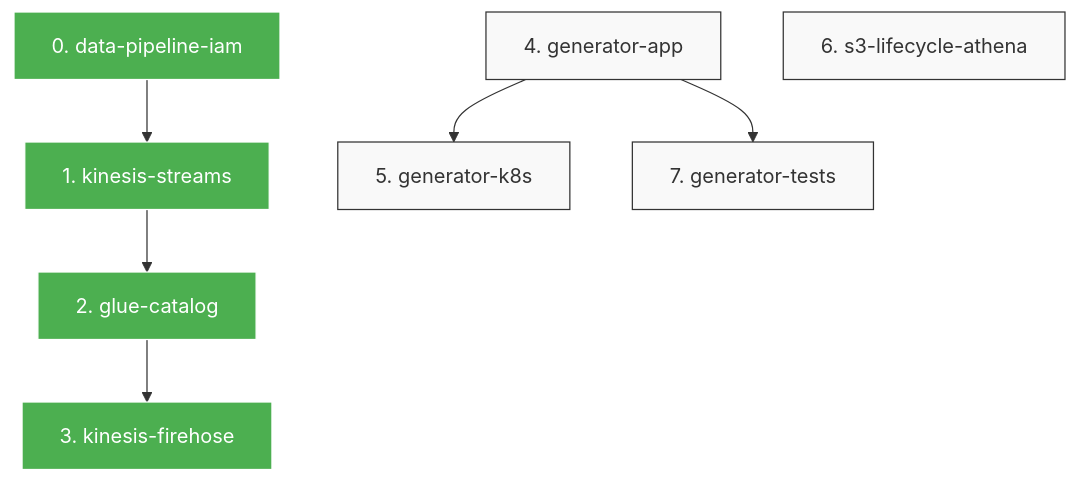
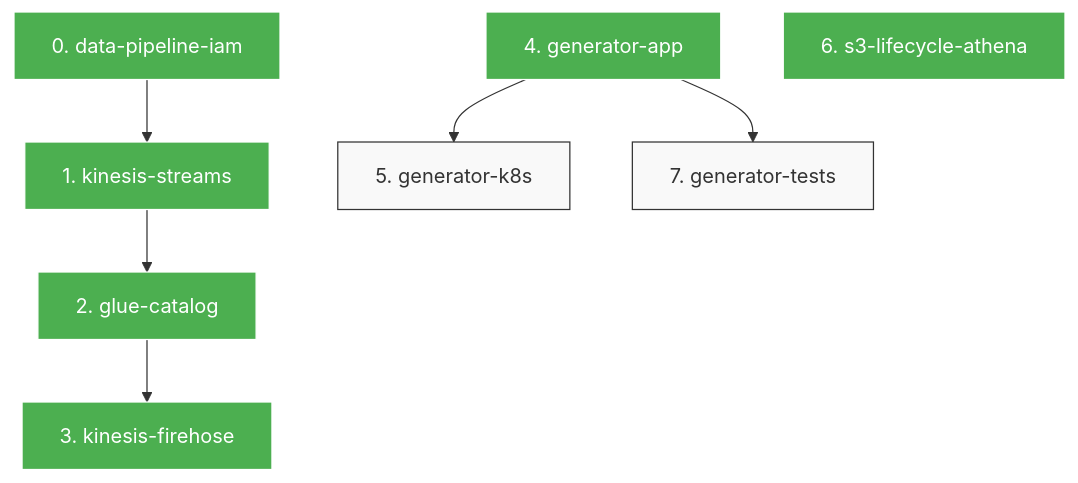
One commit to masondev1024/robot-data-pipeline changed the diagram in phases/1-ingestion/DAG.md. Above: the diagram before and after it, drawn with Mermaid. The commit also changed 1 other file, not shown here.

Commit message:
feat(1-ingestion): step 7 — generator-tests

````diff
--- a/phases/1-ingestion/DAG.md
+++ b/phases/1-ingestion/DAG.md
@@ -3,28 +3,28 @@
 ```mermaid
 graph TD
   classDef completed fill:#4CAF50,stroke:#fff,color:#fff;
   classDef pending fill:#f9f9f9,stroke:#333;
   classDef error fill:#f44336,stroke:#fff,color:#fff;
   classDef blocked fill:#FF9800,stroke:#fff,color:#fff;
   S0["0. data-pipeline-iam"]
   class S0 completed;
   S1["1. kinesis-streams"]
   class S1 completed;
   S0 --> S1
   S2["2. glue-catalog"]
   class S2 completed;
   S1 --> S2
   S3["3. kinesis-firehose"]
   class S3 completed;
   S2 --> S3
   S4["4. generator-app"]
-  class S4 pending;
+  class S4 completed;
   S5["5. generator-k8s"]
   class S5 pending;
   S4 --> S5
   S6["6. s3-lifecycle-athena"]
-  class S6 pending;
+  class S6 completed;
   S7["7. generator-tests"]
   class S7 pending;
   S4 --> S7
 ```
````
